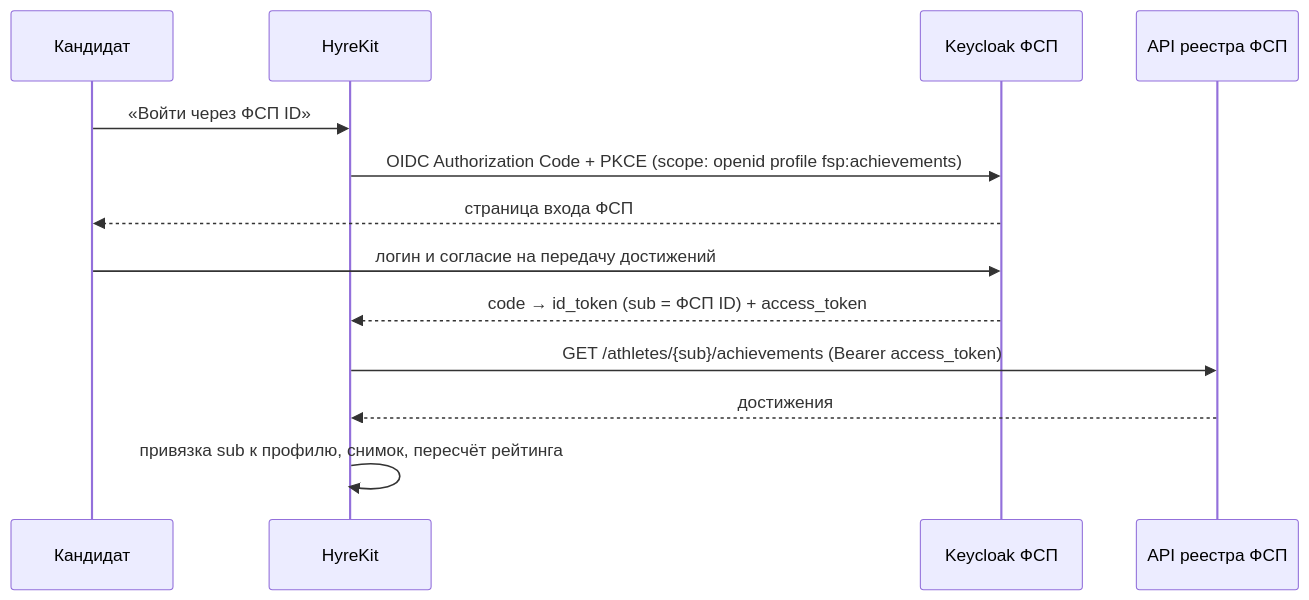
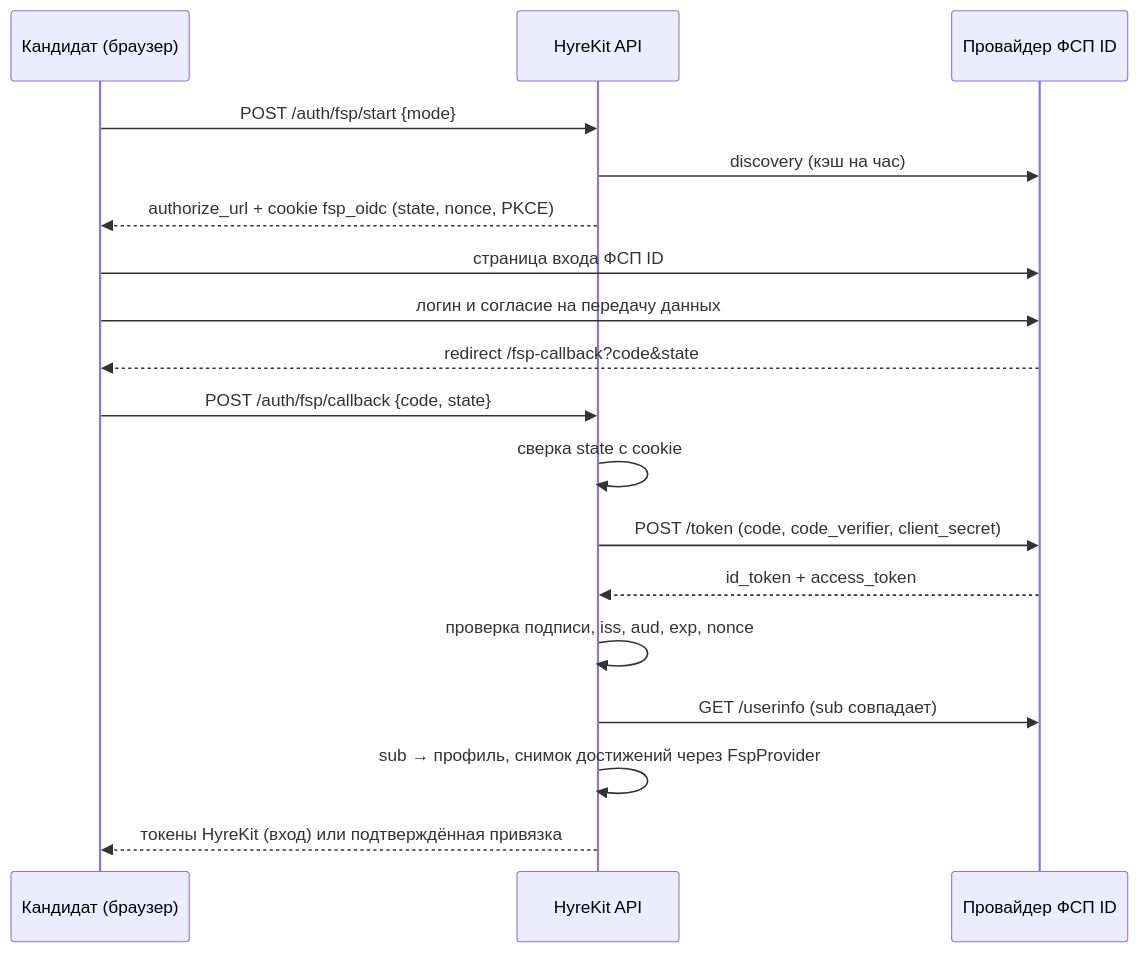
The fifth of 5 diagrams in docs/guide/04-arhitektura.md (Fighter90/hyrekit_fsp), drawn with Mermaid before and after one commit. The commit also changed other lines of this file and 37 other files, not shown here.

First line of the commit message:
FSP-20: вход и привязка через ФСП ID (OpenID Connect) (#12)

````diff
--- a/docs/guide/04-arhitektura.md
+++ b/docs/guide/04-arhitektura.md
@@ -157,15 +159,20 @@
 ```mermaid
 sequenceDiagram
-  participant K as Кандидат
-  participant H as HyreKit
-  participant KC as Keycloak ФСП
-  participant R as API реестра ФСП
-  K->>H: «Войти через ФСП ID»
-  H->>KC: OIDC Authorization Code + PKCE (scope: openid profile fsp:achievements)
-  KC-->>K: страница входа ФСП
-  K->>KC: логин и согласие на передачу достижений
-  KC-->>H: code → id_token (sub = ФСП ID) + access_token
-  H->>R: GET /athletes/{sub}/achievements (Bearer access_token)
-  R-->>H: достижения
-  H->>H: привязка sub к профилю, снимок, пересчёт рейтинга
+  participant K as Кандидат (браузер)
+  participant H as HyreKit API
+  participant P as Провайдер ФСП ID
+  K->>H: POST /auth/fsp/start {mode}
+  H->>P: discovery (кэш на час)
+  H-->>K: authorize_url + cookie fsp_oidc (state, nonce, PKCE)
+  K->>P: страница входа ФСП ID
+  K->>P: логин и согласие на передачу данных
+  P-->>K: redirect /fsp-callback?code&state
+  K->>H: POST /auth/fsp/callback {code, state}
+  H->>H: сверка state с cookie
+  H->>P: POST /token (code, code_verifier, client_secret)
+  P-->>H: id_token + access_token
+  H->>H: проверка подписи, iss, aud, exp, nonce
+  H->>P: GET /userinfo (sub совпадает)
+  H->>H: sub → профиль, снимок достижений через FspProvider
+  H-->>K: токены HyreKit (вход) или подтверждённая привязка
 ```
````
